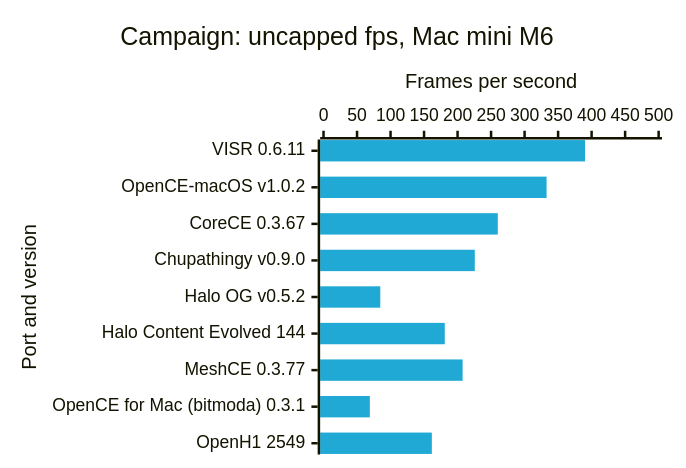
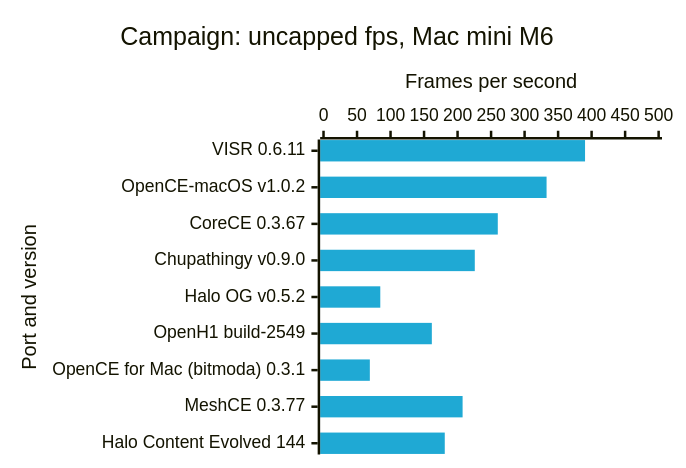
Before and after one commit to VISR-CE/visr: the second of 8 diagrams in docs/benchmarks.md, drawn with Mermaid. The commit also changed other lines of this file and 11 other files, not shown here.

First line of the commit message:
🐛 fix(bench): fix review blockers — LF endings, an OpenH1 release link, no public VISR control row; check bytes and every port

````diff
--- a/docs/benchmarks.md
+++ b/docs/benchmarks.md
@@ -49,16 +49,16 @@
 ```mermaid
 ---
 config:
   xyChart:
     width: 520
     height: 354
   themeVariables:
     xyChart:
       plotColorPalette: "#1fa9d4, #ffc24d"
 ---
 xychart-beta horizontal
     title "Campaign: uncapped fps, Mac mini M6"
-    x-axis "Port and version" ["VISR 0.6.11", "OpenCE-macOS v1.0.2", "CoreCE 0.3.67", "Chupathingy v0.9.0", "Halo OG v0.5.2", "Halo Content Evolved 144", "MeshCE 0.3.77", "OpenCE for Mac (bitmoda) 0.3.1", "OpenH1 2549"]
+    x-axis "Port and version" ["VISR 0.6.11", "OpenCE-macOS v1.0.2", "CoreCE 0.3.67", "Chupathingy v0.9.0", "Halo OG v0.5.2", "OpenH1 build-2549", "OpenCE for Mac (bitmoda) 0.3.1", "MeshCE 0.3.77", "Halo Content Evolved 144"]
     y-axis "Frames per second" 0 --> 500
-    bar [390.2, 332.8, 260, 225.7, 84.7, 180.9, 207.5, 69.1, 161.6]
+    bar [390.2, 332.8, 260, 225.7, 84.7, 161.6, 69.1, 207.5, 180.9]
 ```
````
